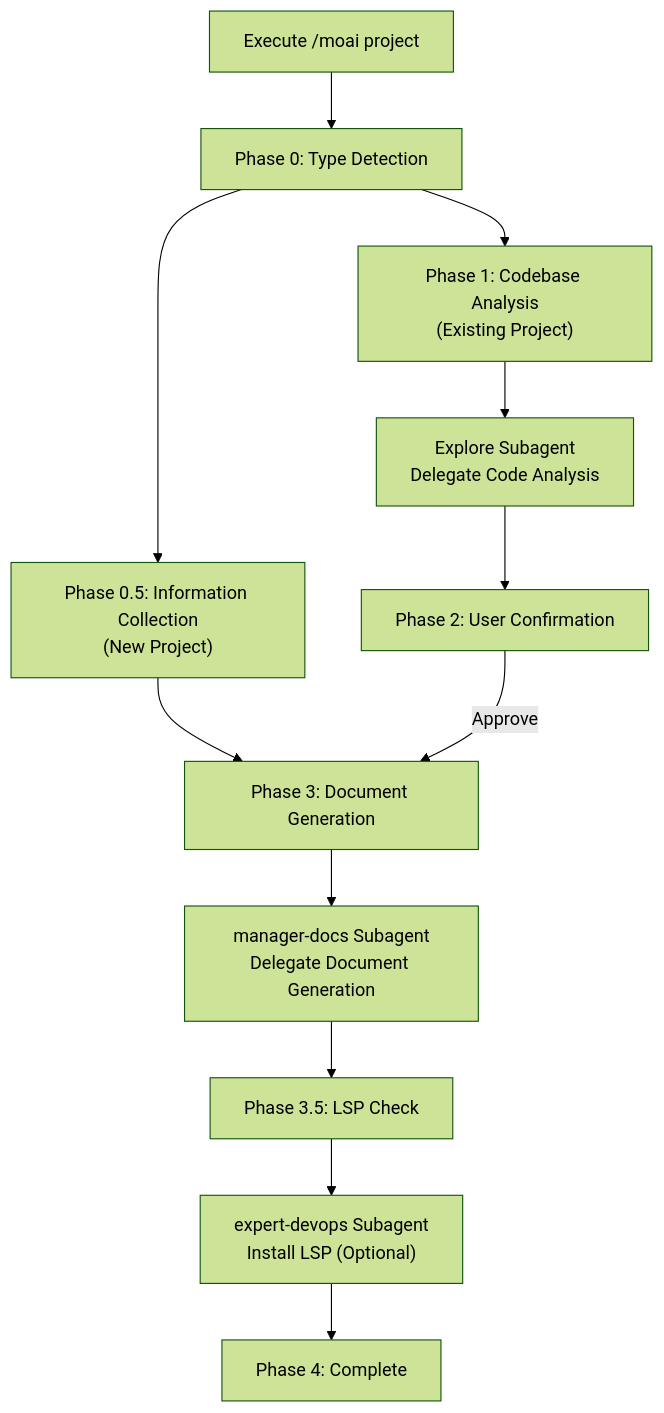
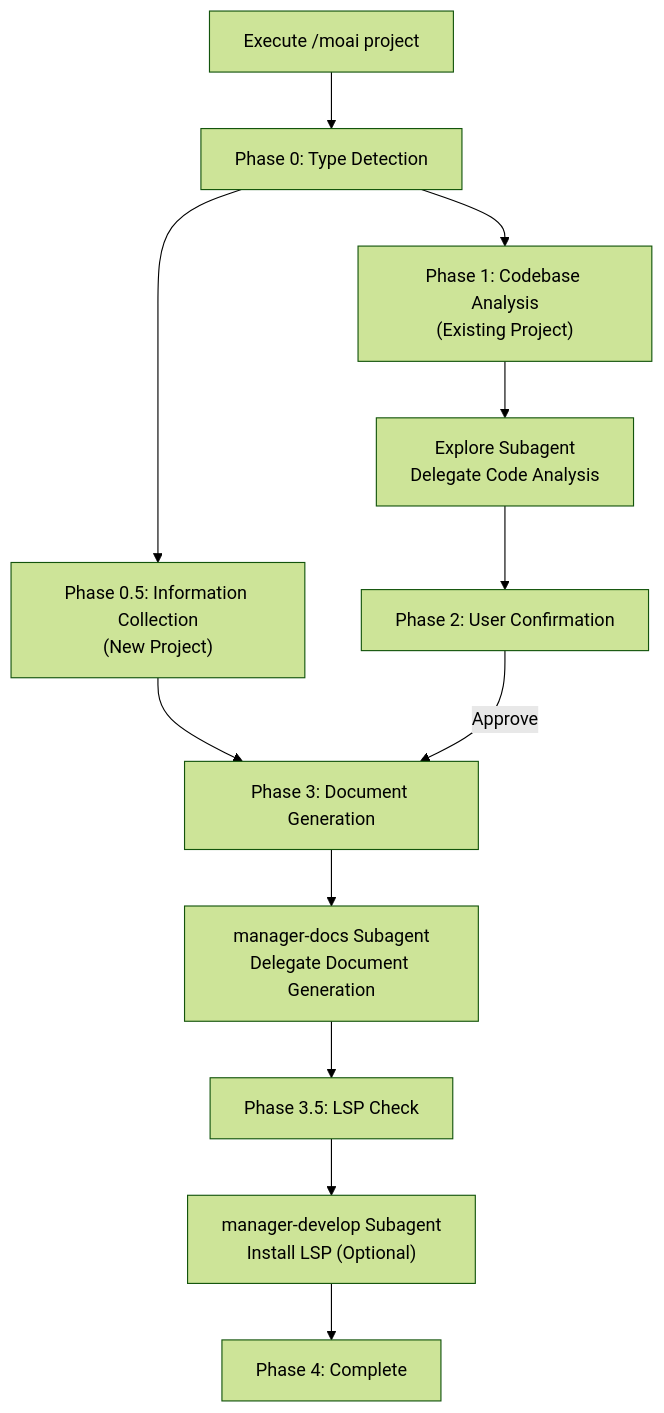
Before and after one commit to modu-ai/moai-adk: the second of 2 diagrams in docs-site/content/en/workflow-commands/moai-project.md, drawn with Mermaid (forest theme). The commit also changed other lines of this file and 153 other files, not shown here.

````diff
--- a/docs-site/content/en/workflow-commands/moai-project.md
+++ b/docs-site/content/en/workflow-commands/moai-project.md
@@ -497,18 +497,18 @@
 ```mermaid
 flowchart TD
     Start["Execute /moai project"] --> Phase0["Phase 0: Type Detection"]
     Phase0 --> Phase05["Phase 0.5: Information Collection<br/>(New Project)"]
     Phase0 --> Phase1["Phase 1: Codebase Analysis<br/>(Existing Project)"]
 
     Phase1 --> Explore["Explore Subagent<br/>Delegate Code Analysis"]
     Explore --> Phase2["Phase 2: User Confirmation"]
 
     Phase05 --> Phase3["Phase 3: Document Generation"]
     Phase2 -->|Approve| Phase3
 
     Phase3 --> Docs["manager-docs Subagent<br/>Delegate Document Generation"]
     Docs --> Phase35["Phase 3.5: LSP Check"]
 
-    Phase35 --> DevOps["expert-devops Subagent<br/>Install LSP (Optional)"]
+    Phase35 --> DevOps["manager-develop Subagent<br/>Install LSP (Optional)"]
     DevOps --> Phase4["Phase 4: Complete"]
 ```
````
